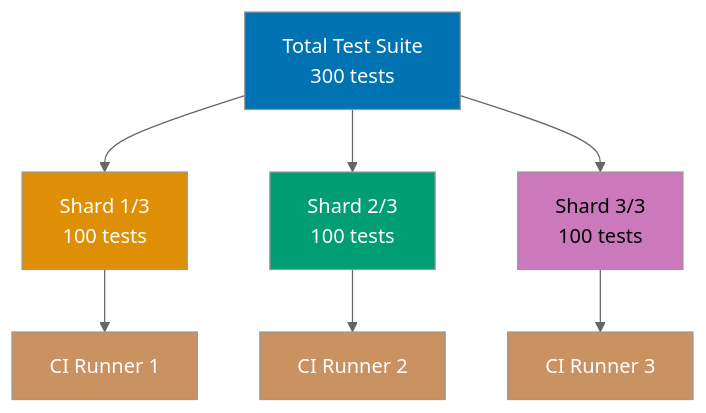
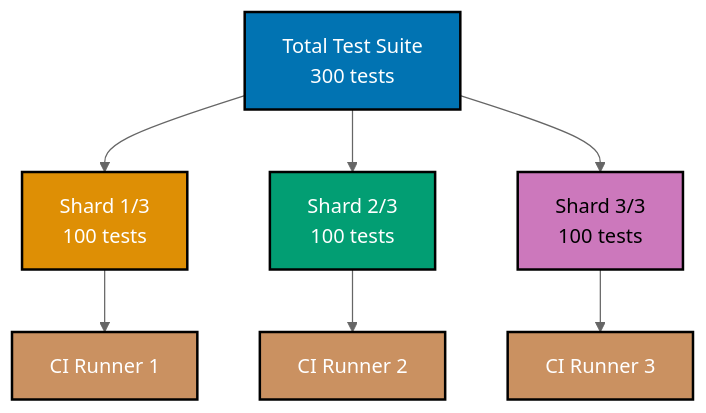
One commit to wahidyankf/open-sharia-enterprise changed the third of 9 diagrams in apps/ayokoding-web/content/en/learn/software-engineering/automation-testing/tools/vitest/by-example/advanced.md. Above: the diagram before and after it, drawn with Mermaid (neutral theme). The commit also changed other lines of this file and 13 other files, not shown here.

````diff
--- a/apps/ayokoding-web/content/en/learn/software-engineering/automation-testing/tools/vitest/by-example/advanced.md
+++ b/apps/ayokoding-web/content/en/learn/software-engineering/automation-testing/tools/vitest/by-example/advanced.md
@@ -400,18 +400,18 @@
 ```mermaid
 %% Color Palette: Blue #0173B2, Orange #DE8F05, Teal #029E73, Purple #CC78BC, Brown #CA9161
 graph TD
     A["Total Test Suite<br/>300 tests"] --> B["Shard 1/3<br/>100 tests"]
     A --> C["Shard 2/3<br/>100 tests"]
     A --> D["Shard 3/3<br/>100 tests"]
     B --> E["CI Runner 1"]
     C --> F["CI Runner 2"]
     D --> G["CI Runner 3"]
 
-    style A fill:#0173B2,color:#fff
-    style B fill:#DE8F05,color:#fff
-    style C fill:#029E73,color:#fff
-    style D fill:#CC78BC,color:#000
-    style E fill:#CA9161,color:#fff
-    style F fill:#CA9161,color:#fff
-    style G fill:#CA9161,color:#fff
+    style A fill:#0173B2,stroke:#000000,stroke-width:2px,color:#fff
+    style B fill:#DE8F05,stroke:#000000,stroke-width:2px,color:#fff
+    style C fill:#029E73,stroke:#000000,stroke-width:2px,color:#fff
+    style D fill:#CC78BC,stroke:#000000,stroke-width:2px,color:#000
+    style E fill:#CA9161,stroke:#000000,stroke-width:2px,color:#fff
+    style F fill:#CA9161,stroke:#000000,stroke-width:2px,color:#fff
+    style G fill:#CA9161,stroke:#000000,stroke-width:2px,color:#fff
 ```
````
